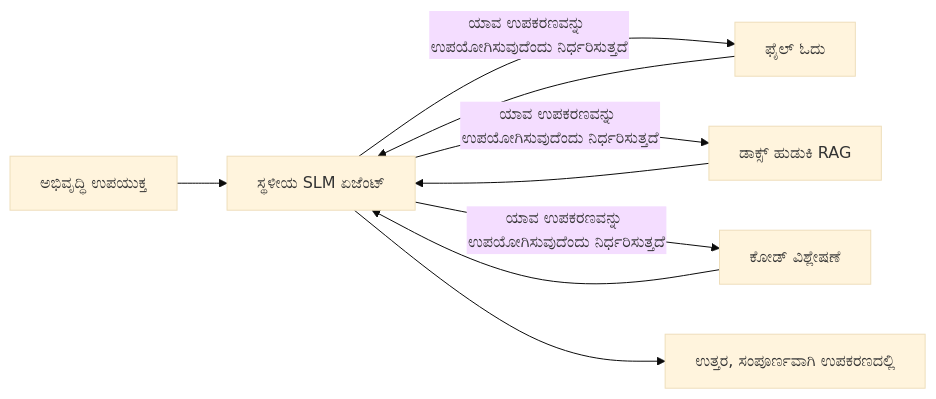
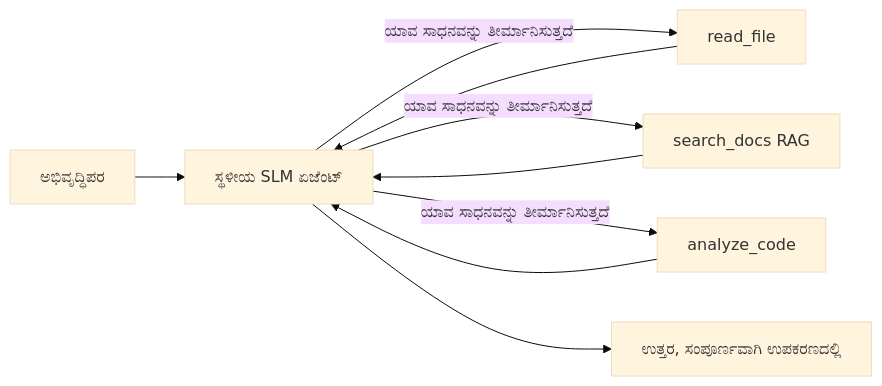
Before and after one commit to microsoft/ai-agents-for-beginners: the first of 4 diagrams in translations/kn/17-creating-local-ai-agents/README.md, drawn with Mermaid (base theme). The commit also changed other lines of this file and 43 other files, not shown here.

````diff
--- a/translations/kn/17-creating-local-ai-agents/README.md
+++ b/translations/kn/17-creating-local-ai-agents/README.md
@@ -66,11 +66,11 @@
 ```mermaid
 flowchart LR
-    U[ಅಭಿವೃದ್ಧಿ ಉಪಯುಕ್ತ] --> A[ಸ್ಥಳೀಯ SLM ಏಜೆಂಟ್]
-    A -->|ಯಾವ ಉಪಕರಣವನ್ನು ಉಪಯೋಗಿಸುವುದೆಂದು ನಿರ್ಧರಿಸುತ್ತದೆ| T1[ಫೈಲ್ ಓದು]
-    A -->|ಯಾವ ಉಪಕರಣವನ್ನು ಉಪಯೋಗಿಸುವುದೆಂದು ನಿರ್ಧರಿಸುತ್ತದೆ| T2[ಡಾಕ್ಸ್ ಹುಡುಕಿ RAG]
-    A -->|ಯಾವ ಉಪಕರಣವನ್ನು ಉಪಯೋಗಿಸುವುದೆಂದು ನಿರ್ಧರಿಸುತ್ತದೆ| T3[ಕೋಡ್ ವಿಶ್ಲೇಷಣೆ]
+    U[ಅಭಿವೃದ್ಧಿಪರ] --> A[ಸ್ಥಳೀಯ SLM ಏಜೆಂಟ್]
+    A -->|ಯಾವ ಸಾಧನವನ್ನು ತೀರ್ಮಾನಿಸುತ್ತದೆ| T1[read_file]
+    A -->|ಯಾವ ಸಾಧನವನ್ನು ತೀರ್ಮಾನಿಸುತ್ತದೆ| T2[search_docs RAG]
+    A -->|ಯಾವ ಸಾಧನವನ್ನು ತೀರ್ಮಾನಿಸುತ್ತದೆ| T3[analyze_code]
     T1 --> A
     T2 --> A
     T3 --> A
     A --> R[ಉತ್ತರ, ಸಂಪೂರ್ಣವಾಗಿ ಉಪಕರಣದಲ್ಲಿ]
 ```
````
